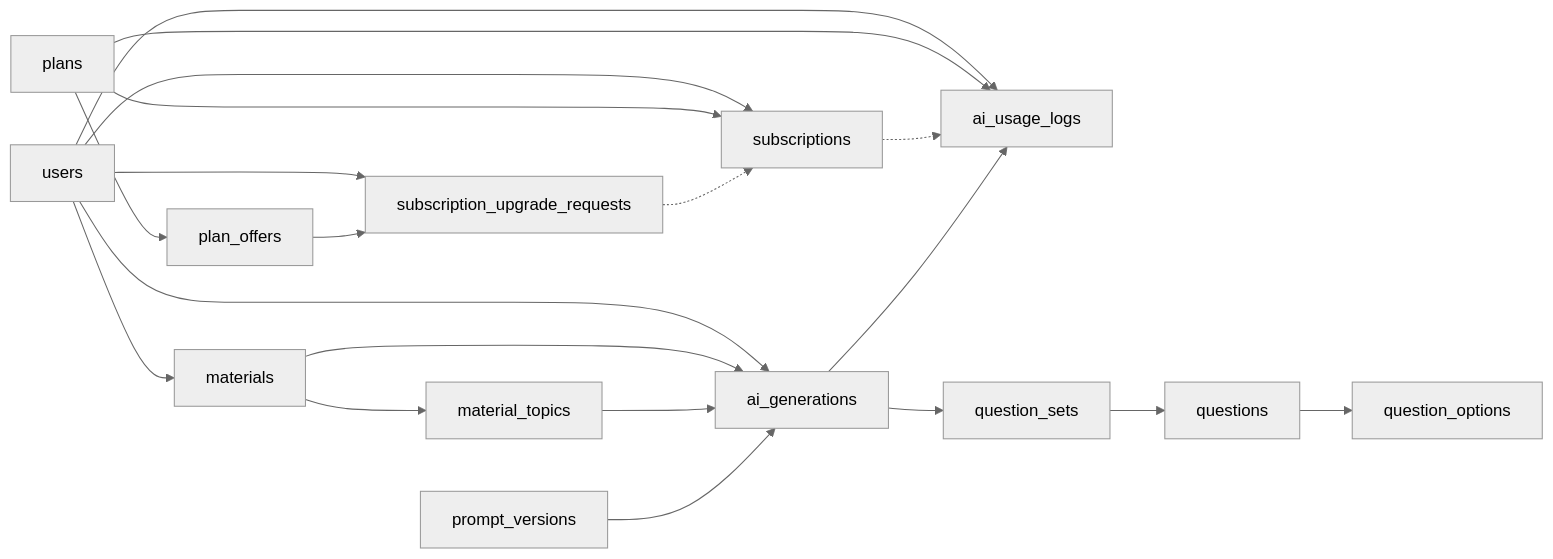
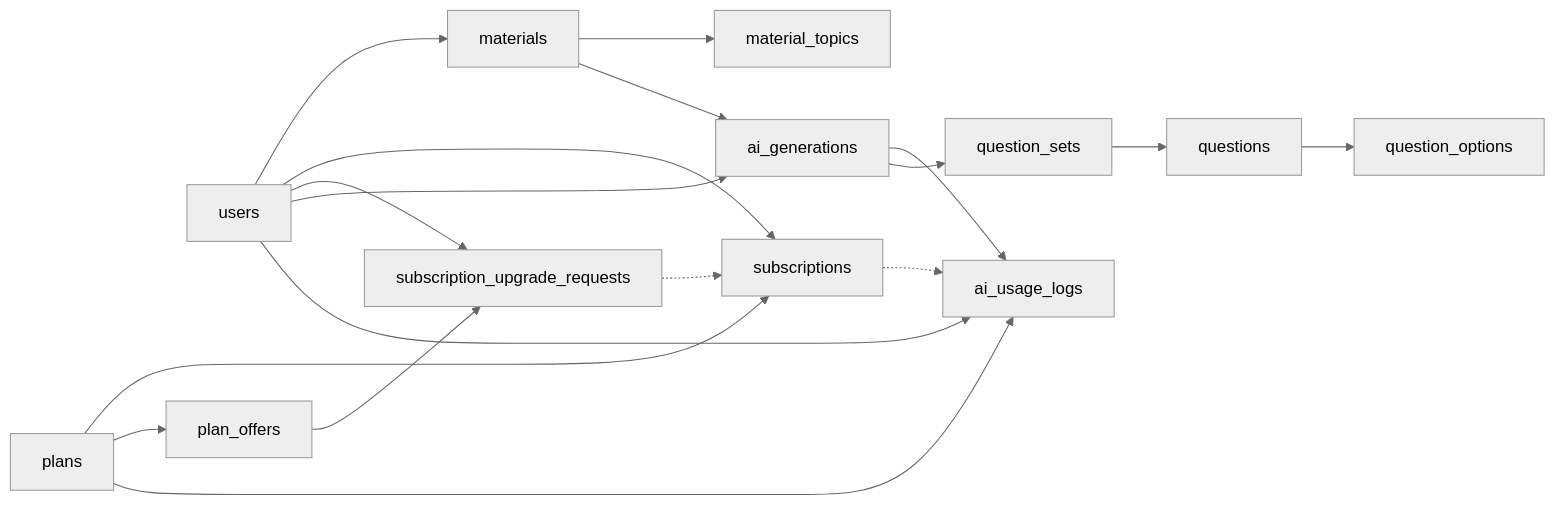
Before and after one commit to 1aghismuhammad/Quiestion-Bank-: the first of 2 diagrams in docs/database/DATABASE_REFERENCE.md, drawn with Mermaid (neutral theme). The commit also changed other lines of this file and 40 other files, not shown here.

````diff
--- a/docs/database/DATABASE_REFERENCE.md
+++ b/docs/database/DATABASE_REFERENCE.md
@@ -21,22 +21,20 @@
 ```mermaid
 flowchart LR
     U[users] --> M[materials]
     M --> T[material_topics]
     U --> Sub[subscriptions]
     Pl[plans] --> Sub
     Pl --> Off[plan_offers]
     U --> Req[subscription_upgrade_requests]
     Off --> Req
     Req -.-> Sub
     U --> G[ai_generations]
     M --> G
-    T --> G
-    P[prompt_versions] --> G
     U --> L[ai_usage_logs]
     Pl --> L
     Sub -.-> L
     G --> L
     G --> QS[question_sets]
     QS --> Q[questions]
     Q --> O[question_options]
 ```
````
